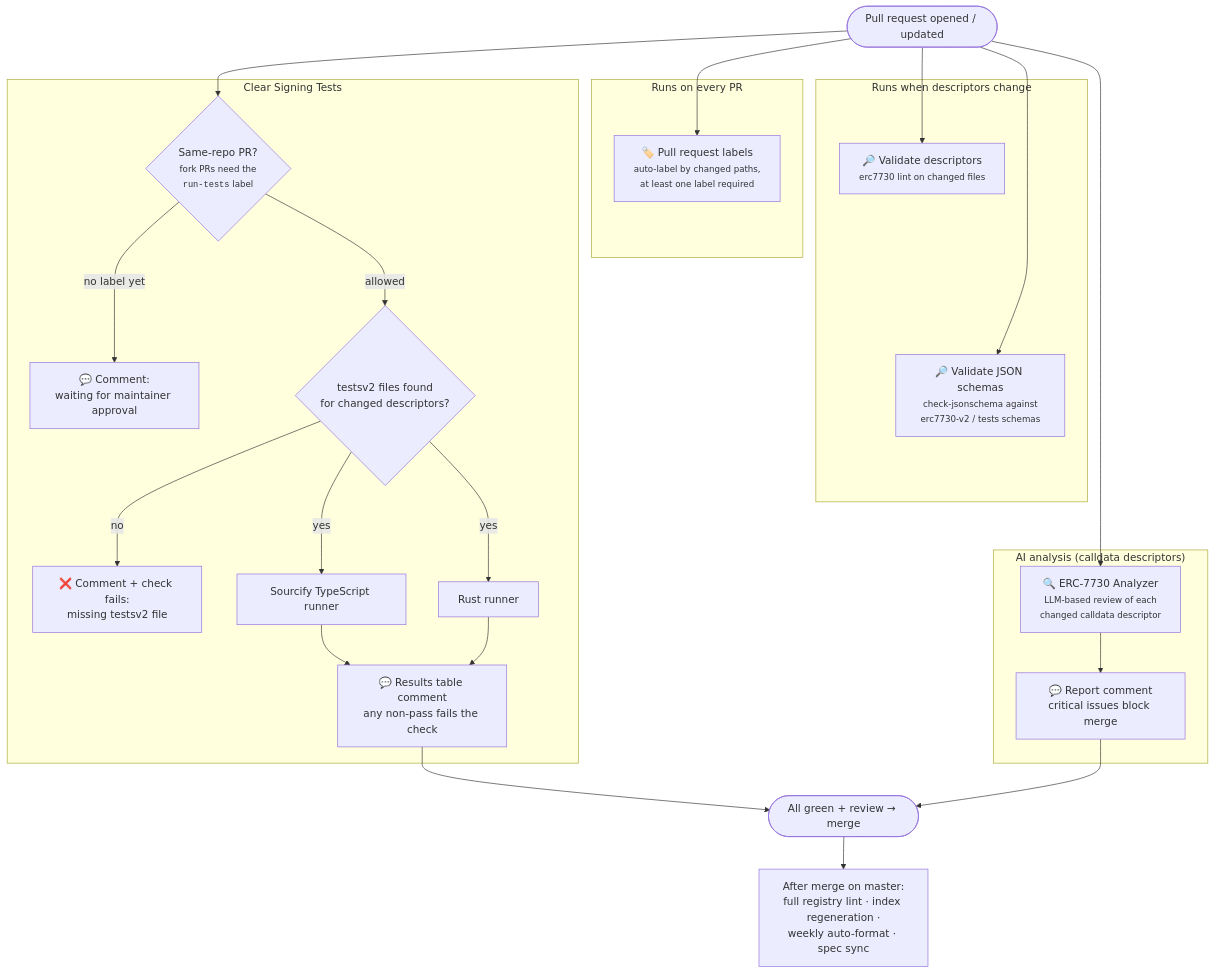
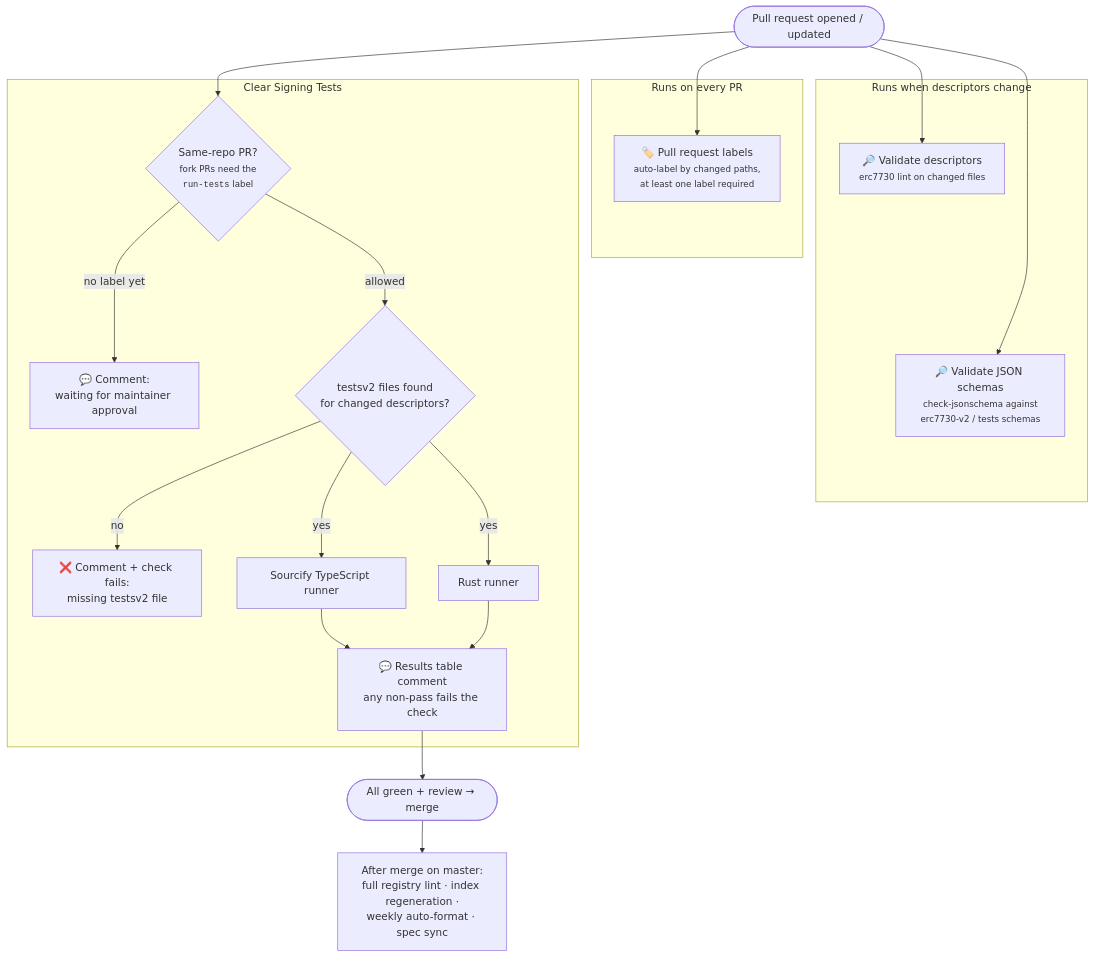
The diagram in docs/registry/ci-checks.md (sourcifyeth/clear-signing-docs), drawn with Mermaid before and after one commit. The commit also changed other lines of this file and 2 other files, not shown here.

First line of the commit message:
Remove the AI analyzer sections

````diff
--- a/docs/registry/ci-checks.md
+++ b/docs/registry/ci-checks.md
@@ -12,38 +12,31 @@
 ```mermaid
 flowchart TD
     PR([Pull request opened / updated]) --> LBL
 
     subgraph always ["Runs on every PR"]
         LBL["🏷️ Pull request labels<br/><small>auto-label by changed paths,<br/>at least one label required</small>"]
     end
 
     PR --> DESC
     subgraph desc ["Runs when descriptors change"]
         DESC["🔎 Validate descriptors<br/><small>erc7730 lint on changed files</small>"]
         SCHEMA["🔎 Validate JSON schemas<br/><small>check-jsonschema against<br/>erc7730-v2 / tests schemas</small>"]
         DESC ~~~ SCHEMA
     end
     PR --> SCHEMA
 
     PR --> GATE
     subgraph tests ["Clear Signing Tests"]
         GATE{"Same-repo PR?<br/><small>fork PRs need the<br/><code>run-tests</code> label</small>"}
         GATE -- "no label yet" --> WAIT["💬 Comment:<br/>waiting for maintainer approval"]
         GATE -- "allowed" --> DETECT{"testsv2 files found<br/>for changed descriptors?"}
         DETECT -- no --> MISSING["❌ Comment + check fails:<br/>missing testsv2 file"]
         DETECT -- yes --> RUNTS["Sourcify TypeScript runner"]
         DETECT -- yes --> RUNRS["Rust runner"]
         RUNTS --> RESULTS["💬 Results table comment<br/>any non-pass fails the check"]
         RUNRS --> RESULTS
     end
 
-    PR --> AN
-    subgraph analyze ["AI analysis (calldata descriptors)"]
-        AN["🔍 ERC-7730 Analyzer<br/><small>LLM-based review of each<br/>changed calldata descriptor</small>"]
-        AN --> ANR["💬 Report comment<br/>critical issues block merge"]
-    end
-
     RESULTS --> MERGE([All green + review → merge])
-    ANR --> MERGE
     MERGE --> POST["After merge on master:<br/>full registry lint · index regeneration ·<br/>weekly auto-format · spec sync"]
 ```
````
